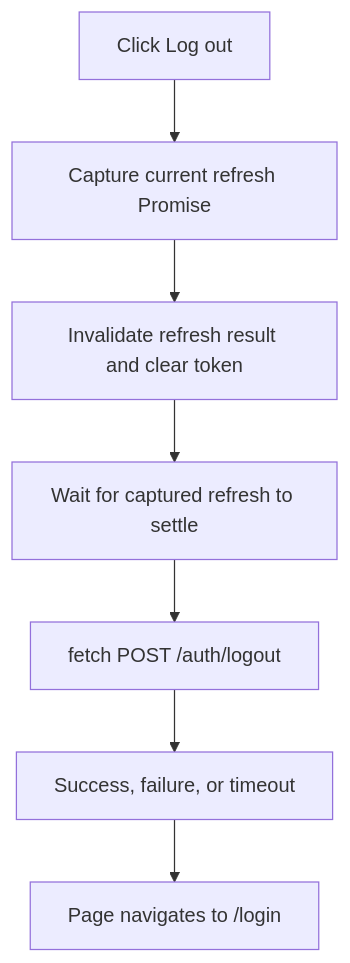
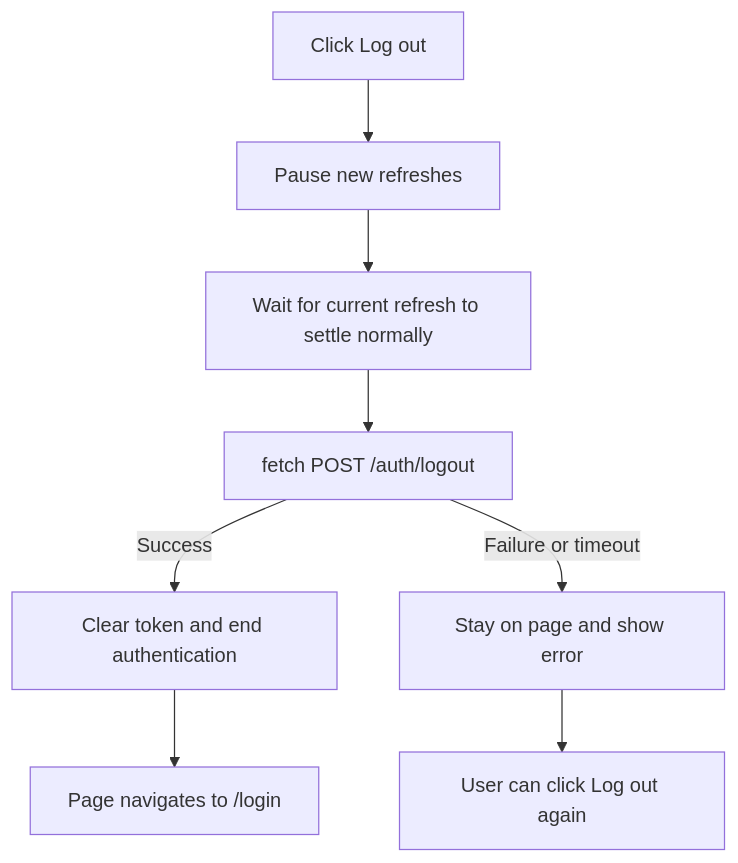
One commit to AY2627S1-CS3219-P24/FoC changed the sixth of 6 diagrams in frontend/src/features/auth/auth-flow.md. Above: the diagram before and after it, drawn with Mermaid. The commit also changed other lines of this file and 12 other files, not shown here.

````diff
--- a/frontend/src/features/auth/auth-flow.md
+++ b/frontend/src/features/auth/auth-flow.md
@@ -151,9 +151,10 @@
 ```mermaid
 flowchart TD
-    Click[Click Log out] --> Capture[Capture current refresh Promise]
-    Capture --> Clear[Invalidate refresh result and clear token]
-    Clear --> Wait[Wait for captured refresh to settle]
+    Click[Click Log out] --> Pause[Pause new refreshes]
+    Pause --> Wait[Wait for current refresh to settle normally]
     Wait --> Request[fetch POST /auth/logout]
-    Request --> Finish[Success, failure, or timeout]
-    Finish --> Login[Page navigates to /login]
+    Request -->|Success| Clear[Clear token and end authentication]
+    Clear --> Login[Page navigates to /login]
+    Request -->|Failure or timeout| Error[Stay on page and show error]
+    Error --> Retry[User can click Log out again]
 ```
````
